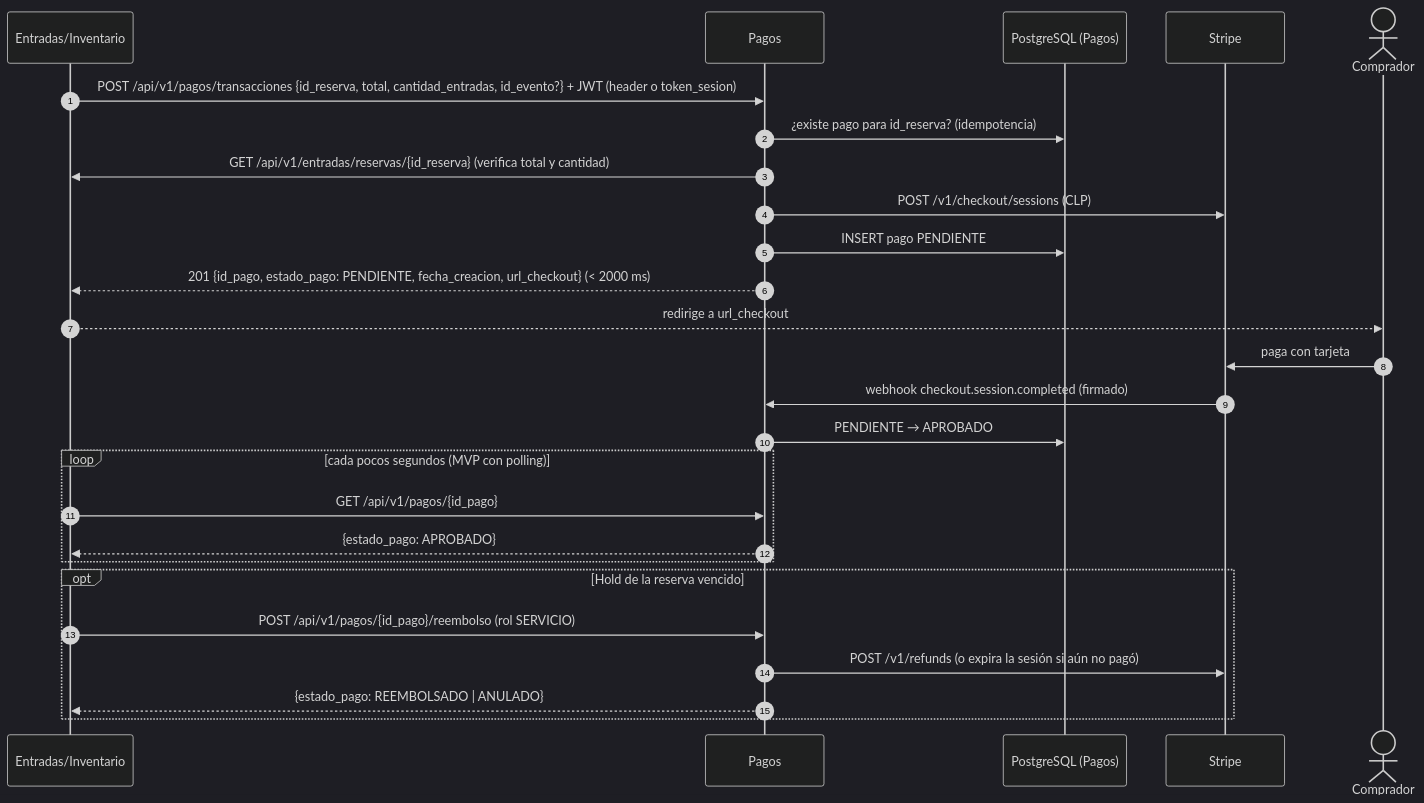
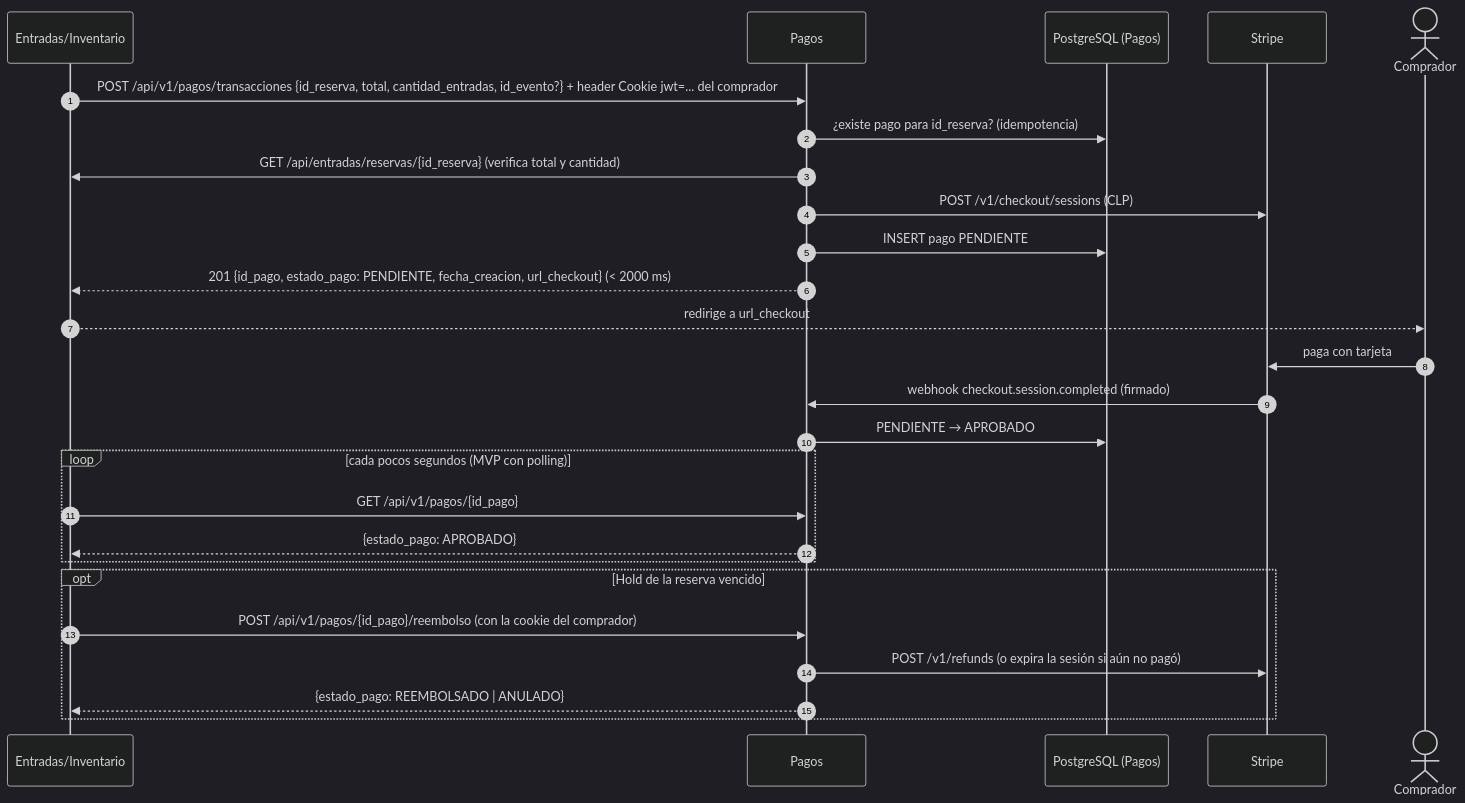
The first of 2 diagrams in backend/README.md (Modulos-Pagos/arquitectura-pagos), drawn with Mermaid (dark theme) before and after one commit. The commit also changed other lines of this file and 75 other files, not shown here.

````diff
--- a/backend/README.md
+++ b/backend/README.md
@@ -24,29 +41,29 @@
 ```mermaid
 sequenceDiagram
     autonumber
     participant E as Entradas/Inventario
     participant P as Pagos
     participant DB as PostgreSQL (Pagos)
     participant S as Stripe
     actor U as Comprador
 
-    E->>P: POST /api/v1/pagos/transacciones {id_reserva, total, cantidad_entradas, id_evento?} + JWT (header o token_sesion)
+    E->>P: POST /api/v1/pagos/transacciones {id_reserva, total, cantidad_entradas, id_evento?} + header Cookie jwt=... del comprador
     P->>DB: ¿existe pago para id_reserva? (idempotencia)
-    P->>E: GET /api/v1/entradas/reservas/{id_reserva} (verifica total y cantidad)
+    P->>E: GET /api/entradas/reservas/{id_reserva} (verifica total y cantidad)
     P->>S: POST /v1/checkout/sessions (CLP)
     P->>DB: INSERT pago PENDIENTE
     P-->>E: 201 {id_pago, estado_pago: PENDIENTE, fecha_creacion, url_checkout} (< 2000 ms)
     E-->>U: redirige a url_checkout
     U->>S: paga con tarjeta
     S->>P: webhook checkout.session.completed (firmado)
     P->>DB: PENDIENTE → APROBADO
     loop cada pocos segundos (MVP con polling)
         E->>P: GET /api/v1/pagos/{id_pago}
         P-->>E: {estado_pago: APROBADO}
     end
     opt Hold de la reserva vencido
-        E->>P: POST /api/v1/pagos/{id_pago}/reembolso (rol SERVICIO)
+        E->>P: POST /api/v1/pagos/{id_pago}/reembolso (con la cookie del comprador)
         P->>S: POST /v1/refunds (o expira la sesión si aún no pagó)
         P-->>E: {estado_pago: REEMBOLSADO | ANULADO}
     end
 ```
````
